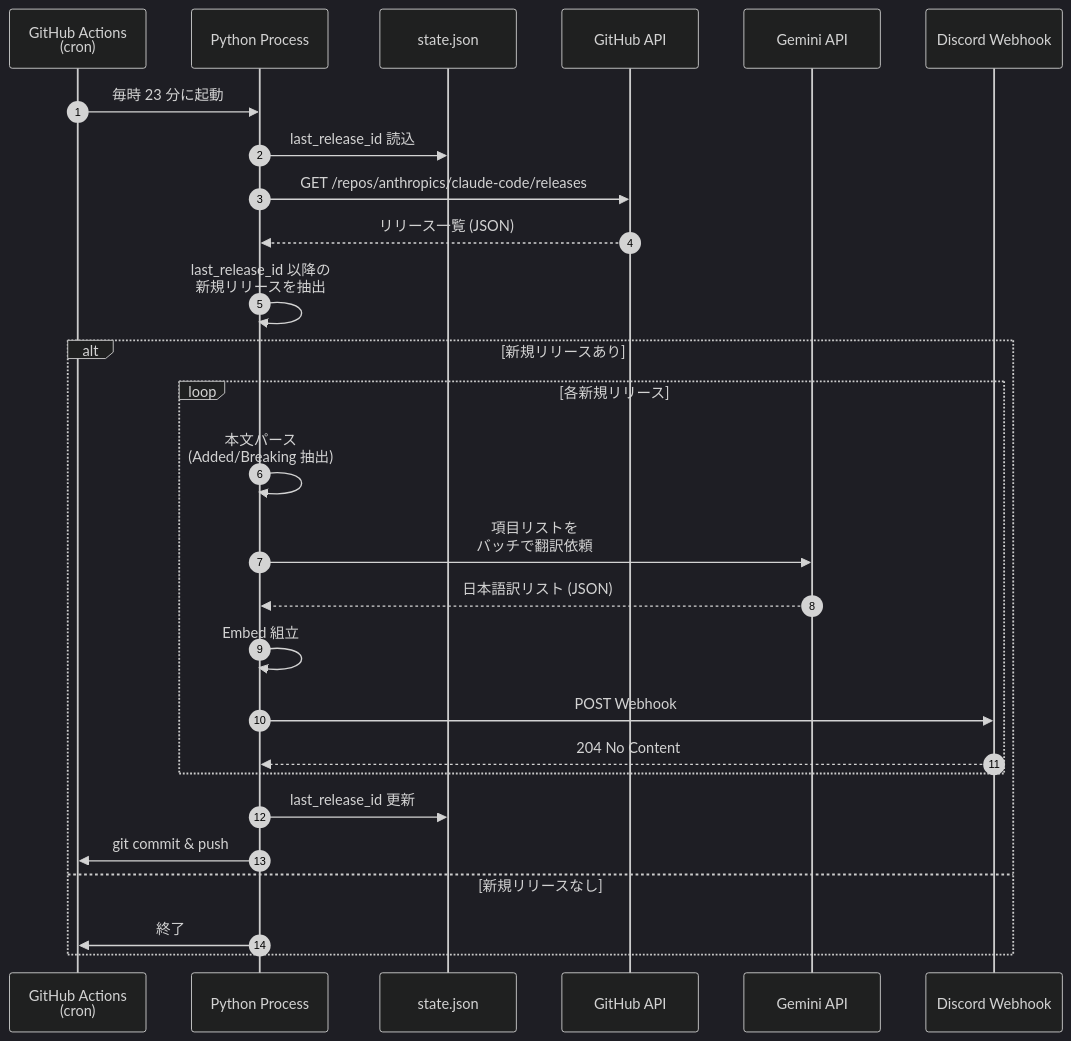
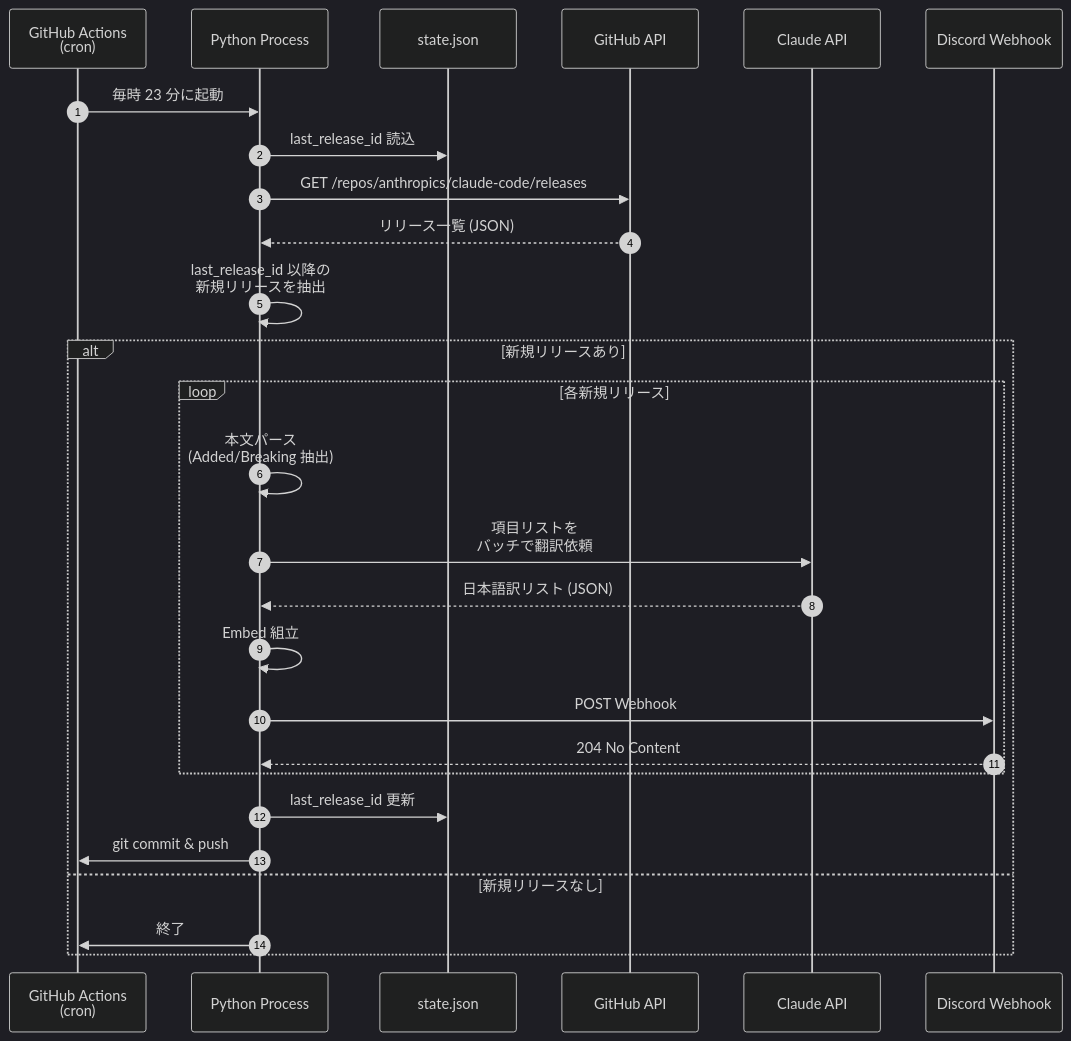
One commit to local-min/cc-discord-notifier changed the second of 2 diagrams in claude-code-release-notifier/doc/claude-code-discord-notifier-spec.md. Above: the diagram before and after it, drawn with Mermaid (dark theme). The commit also changed other lines of this file and 19 other files, not shown here.

First line of the commit message:
feat: 翻訳を Gemini から Claude Haiku 5.5 に切り替え GEMINI_API_KEY を不要にする

````diff
--- a/claude-code-release-notifier/doc/claude-code-discord-notifier-spec.md
+++ b/claude-code-release-notifier/doc/claude-code-discord-notifier-spec.md
@@ -88,30 +86,30 @@
 ```mermaid
 sequenceDiagram
     autonumber
     participant CR as GitHub Actions<br/>(cron)
     participant APP as Python Process
     participant STT as state.json
     participant GH as GitHub API
-    participant GM as Gemini API
+    participant CL as Claude API
     participant DC as Discord Webhook
 
     CR->>APP: 毎時 23 分に起動
     APP->>STT: last_release_id 読込
     APP->>GH: GET /repos/anthropics/claude-code/releases
     GH-->>APP: リリース一覧 (JSON)
     APP->>APP: last_release_id 以降の<br/>新規リリースを抽出
     alt 新規リリースあり
         loop 各新規リリース
             APP->>APP: 本文パース<br/>(Added/Breaking 抽出)
-            APP->>GM: 項目リストを<br/>バッチで翻訳依頼
-            GM-->>APP: 日本語訳リスト (JSON)
+            APP->>CL: 項目リストを<br/>バッチで翻訳依頼
+            CL-->>APP: 日本語訳リスト (JSON)
             APP->>APP: Embed 組立
             APP->>DC: POST Webhook
             DC-->>APP: 204 No Content
         end
         APP->>STT: last_release_id 更新
         APP->>CR: git commit & push
     else 新規リリースなし
         APP->>CR: 終了
     end
 ```
````
